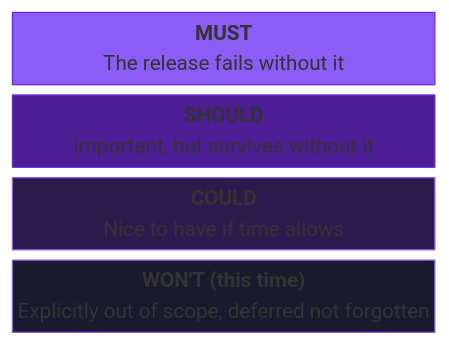
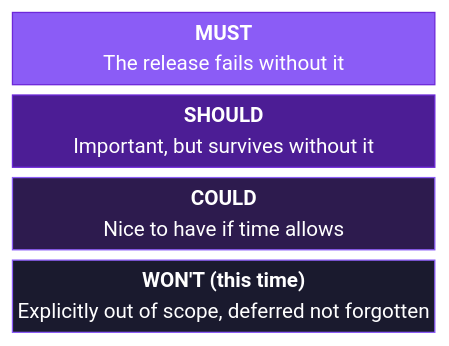
Before and after one commit to gorvis/book-pm-management: the second of 2 diagrams in artifacts/labs/chapter4.md, drawn with Mermaid (neutral theme). The commit also changed other lines of this file and 52 other files, not shown here.

````diff
--- a/artifacts/labs/chapter4.md
+++ b/artifacts/labs/chapter4.md
@@ -84,13 +84,13 @@
 ```mermaid
 block-beta
     columns 1
-    Must["<b>MUST</b><br>The release fails without it"]
-    Should["<b>SHOULD</b><br>Important, but survives without it"]
-    Could["<b>COULD</b><br>Nice to have if time allows"]
-    Wont["<b>WON'T (this time)</b><br>Explicitly out of scope, deferred not forgotten"]
+    Must["<b style='color:#FFFFFF'>MUST</b><br><span style='color:#FFFFFF'>The release fails without it</span>"]
+    Should["<b style='color:#FFFFFF'>SHOULD</b><br><span style='color:#FFFFFF'>Important, but survives without it</span>"]
+    Could["<b style='color:#FFFFFF'>COULD</b><br><span style='color:#FFFFFF'>Nice to have if time allows</span>"]
+    Wont["<b style='color:#FFFFFF'>WON'T (this time)</b><br><span style='color:#FFFFFF'>Explicitly out of scope, deferred not forgotten</span>"]
 
     style Must fill:#8B5CF6,stroke:#6D28D9,color:#FFFFFF
-    style Should fill:#4C1D95,stroke:#6D28D9,color:#F5F3FF
-    style Could fill:#2D1B4E,stroke:#8B5CF6,color:#E2E8F0
-    style Wont fill:#1A1A2E,stroke:#8B5CF6,color:#E2E8F0
+    style Should fill:#4C1D95,stroke:#6D28D9,color:#FFFFFF
+    style Could fill:#2D1B4E,stroke:#8B5CF6,color:#FFFFFF
+    style Wont fill:#1A1A2E,stroke:#8B5CF6,color:#FFFFFF
 ```
````
